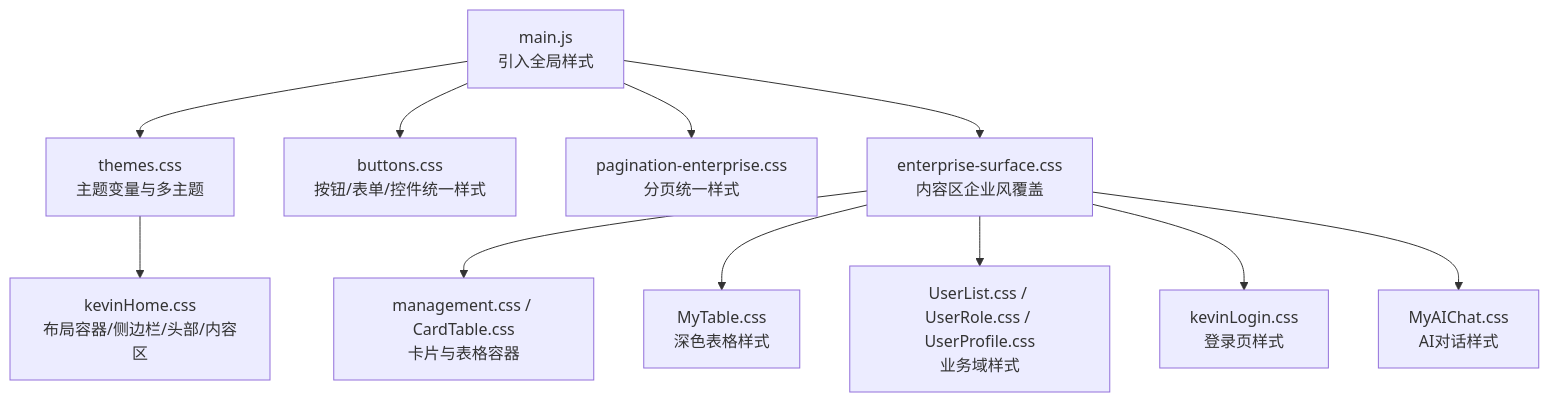
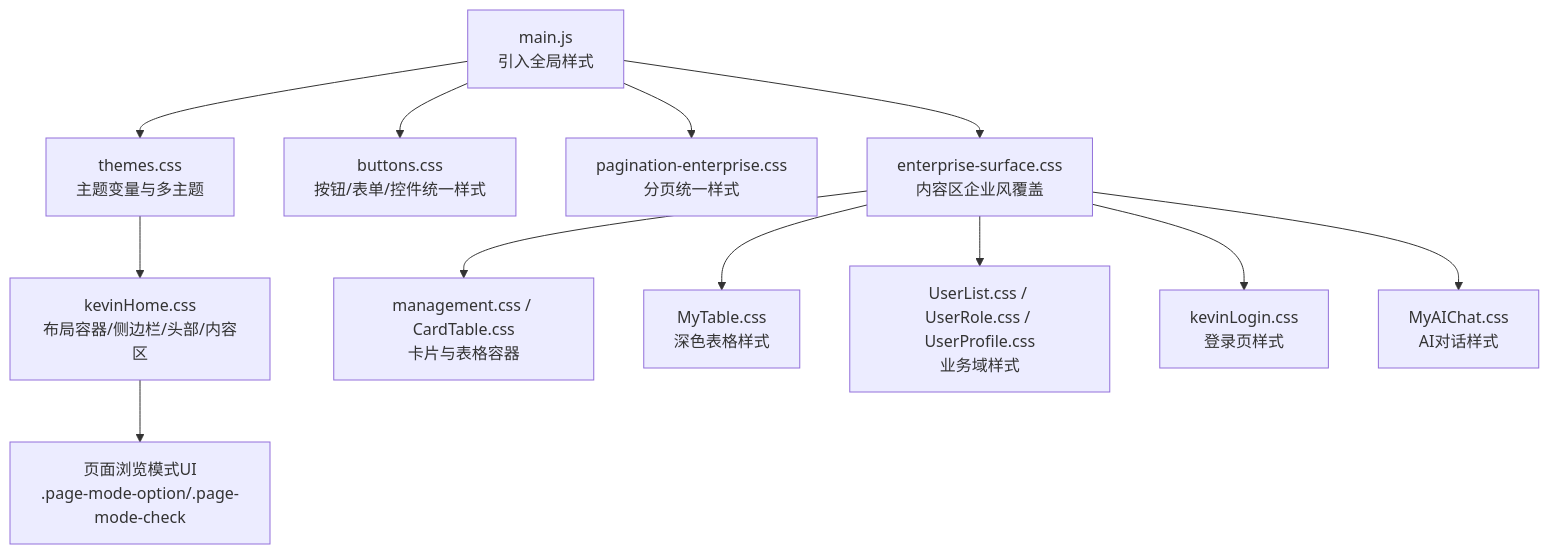
The first of 6 diagrams in .qoder/repowiki/zh/content/前端架构/UI样式/UI样式.md (junkai-li/NetCoreKevin), drawn with Mermaid before and after one commit. The commit also changed other lines of this file and 39 other files, not shown here.

````diff
--- a/.qoder/repowiki/zh/content/前端架构/UI样式/UI样式.md
+++ b/.qoder/repowiki/zh/content/前端架构/UI样式/UI样式.md
@@ -44,13 +51,14 @@
 ```mermaid
 graph TB
 A["main.js<br/>引入全局样式"] --> B["themes.css<br/>主题变量与多主题"]
 A --> C["buttons.css<br/>按钮/表单/控件统一样式"]
 A --> D["pagination-enterprise.css<br/>分页统一样式"]
 A --> E["enterprise-surface.css<br/>内容区企业风覆盖"]
 B --> F["kevinHome.css<br/>布局容器/侧边栏/头部/内容区"]
 E --> G["management.css / CardTable.css<br/>卡片与表格容器"]
 E --> H["MyTable.css<br/>深色表格样式"]
 E --> I["UserList.css / UserRole.css / UserProfile.css<br/>业务域样式"]
 E --> J["kevinLogin.css<br/>登录页样式"]
 E --> K["MyAIChat.css<br/>AI对话样式"]
+F --> L["页面浏览模式UI<br/>.page-mode-option/.page-mode-check"]
 ```
````
